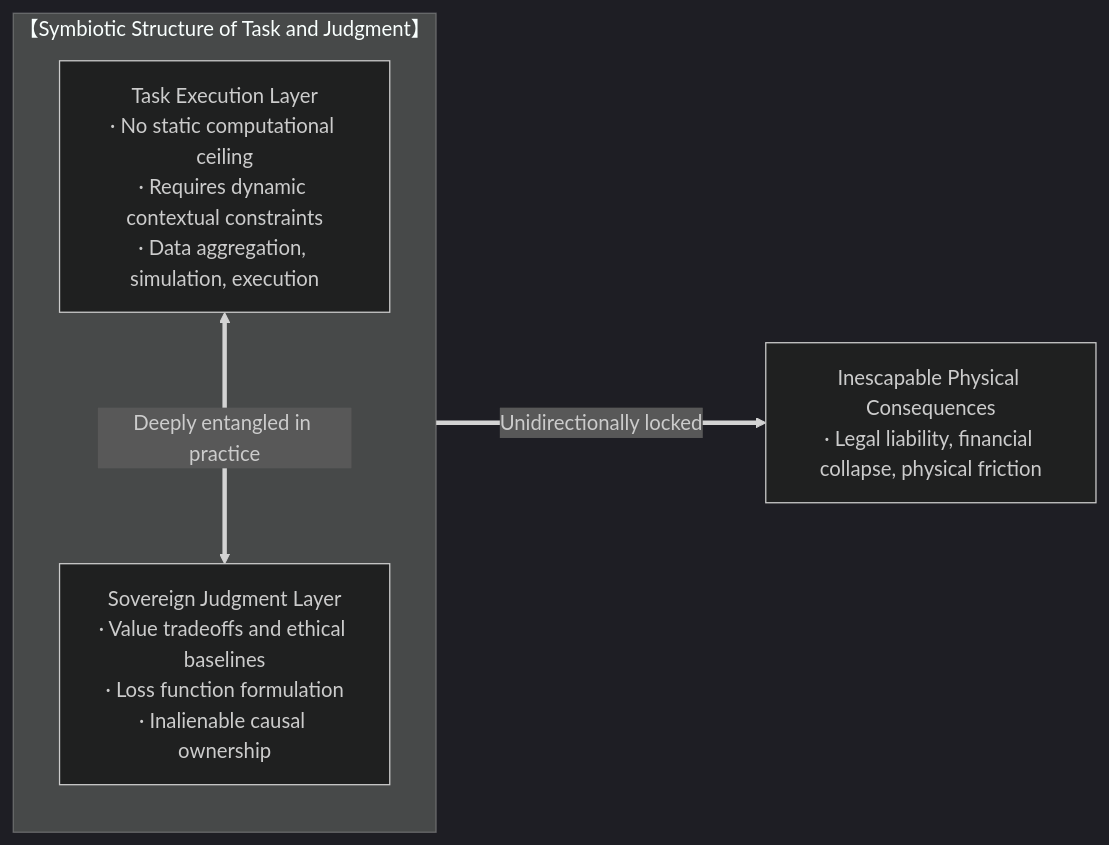
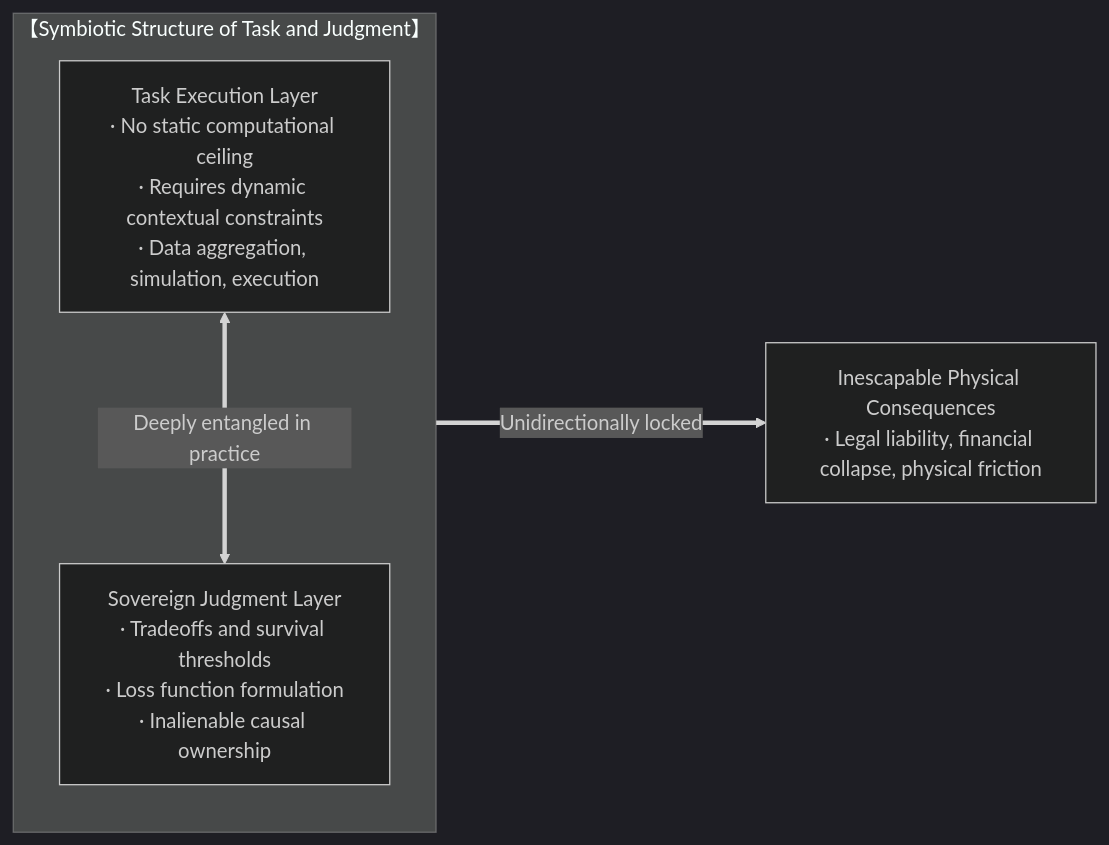
One commit to powerpig99/not-a-toe changed the third of 11 diagrams in content/posts/the-delegation-of-the-task-and-the-inalienability-of-consequences.md. Above: the diagram before and after it, drawn with Mermaid (dark theme). The commit also changed other lines of this file and 4 other files, not shown here.

````diff
--- a/content/posts/the-delegation-of-the-task-and-the-inalienability-of-consequences.md
+++ b/content/posts/the-delegation-of-the-task-and-the-inalienability-of-consequences.md
@@ -73,10 +73,10 @@
 ```mermaid
 graph LR
     subgraph Delegation_Reality_EN["【Symbiotic Structure of Task and Judgment】"]
         direction TB
         T_EN["Task Execution Layer<br/>· No static computational ceiling<br/>· Requires dynamic contextual constraints<br/>· Data aggregation, simulation, execution"]
-        J_EN["Sovereign Judgment Layer<br/>· Value tradeoffs and ethical baselines<br/>· Loss function formulation<br/>· Inalienable causal ownership"]
+        J_EN["Sovereign Judgment Layer<br/>· Tradeoffs and survival thresholds<br/>· Loss function formulation<br/>· Inalienable causal ownership"]
         T_EN <===>|"Deeply entangled in practice"| J_EN
     end
     J_EN ===>|"Unidirectionally locked"| R_EN["Inescapable Physical Consequences<br/>· Legal liability, financial collapse, physical friction"]
 ```
````
